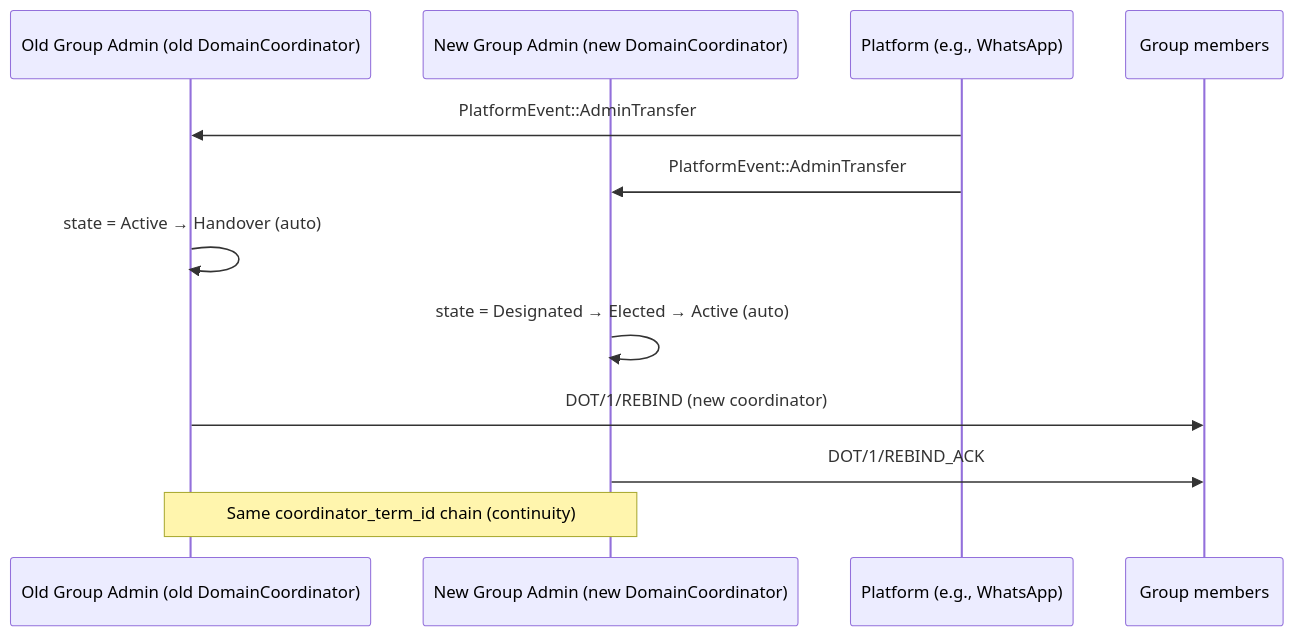
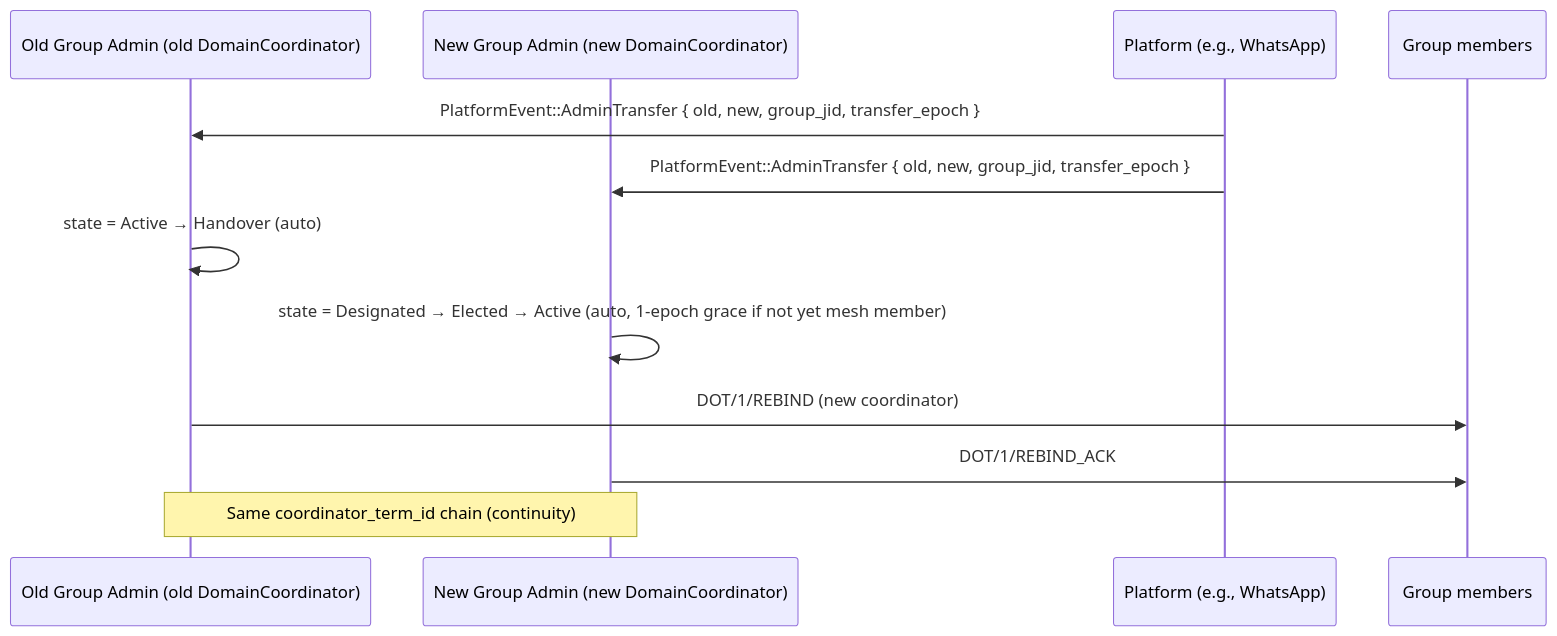
The first of 2 diagrams in rfcs/draft/networking/0855p-c-domain-coordinator-role.md (CipherOcto/cipherocto), drawn with Mermaid before and after one commit. The commit also changed other lines of this file and 3 other files, not shown here.

````diff
--- a/rfcs/draft/networking/0855p-c-domain-coordinator-role.md
+++ b/rfcs/draft/networking/0855p-c-domain-coordinator-role.md
@@ -231,15 +250,15 @@
 ```mermaid
 sequenceDiagram
     participant OldAdmin as Old Group Admin (old DomainCoordinator)
     participant NewAdmin as New Group Admin (new DomainCoordinator)
     participant Platform as Platform (e.g., WhatsApp)
     participant Group as Group members
 
-    Platform->>OldAdmin: PlatformEvent::AdminTransfer
-    Platform->>NewAdmin: PlatformEvent::AdminTransfer
+    Platform->>OldAdmin: PlatformEvent::AdminTransfer { old, new, group_jid, transfer_epoch }
+    Platform->>NewAdmin: PlatformEvent::AdminTransfer { old, new, group_jid, transfer_epoch }
     OldAdmin->>OldAdmin: state = Active → Handover (auto)
-    NewAdmin->>NewAdmin: state = Designated → Elected → Active (auto)
+    NewAdmin->>NewAdmin: state = Designated → Elected → Active (auto, 1-epoch grace if not yet mesh member)
     OldAdmin->>Group: DOT/1/REBIND (new coordinator)
     NewAdmin->>Group: DOT/1/REBIND_ACK
     Note over OldAdmin,NewAdmin: Same coordinator_term_id chain (continuity)
 ```
````
